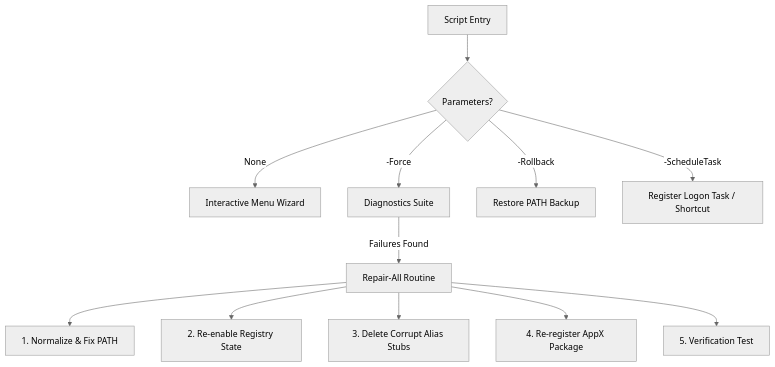
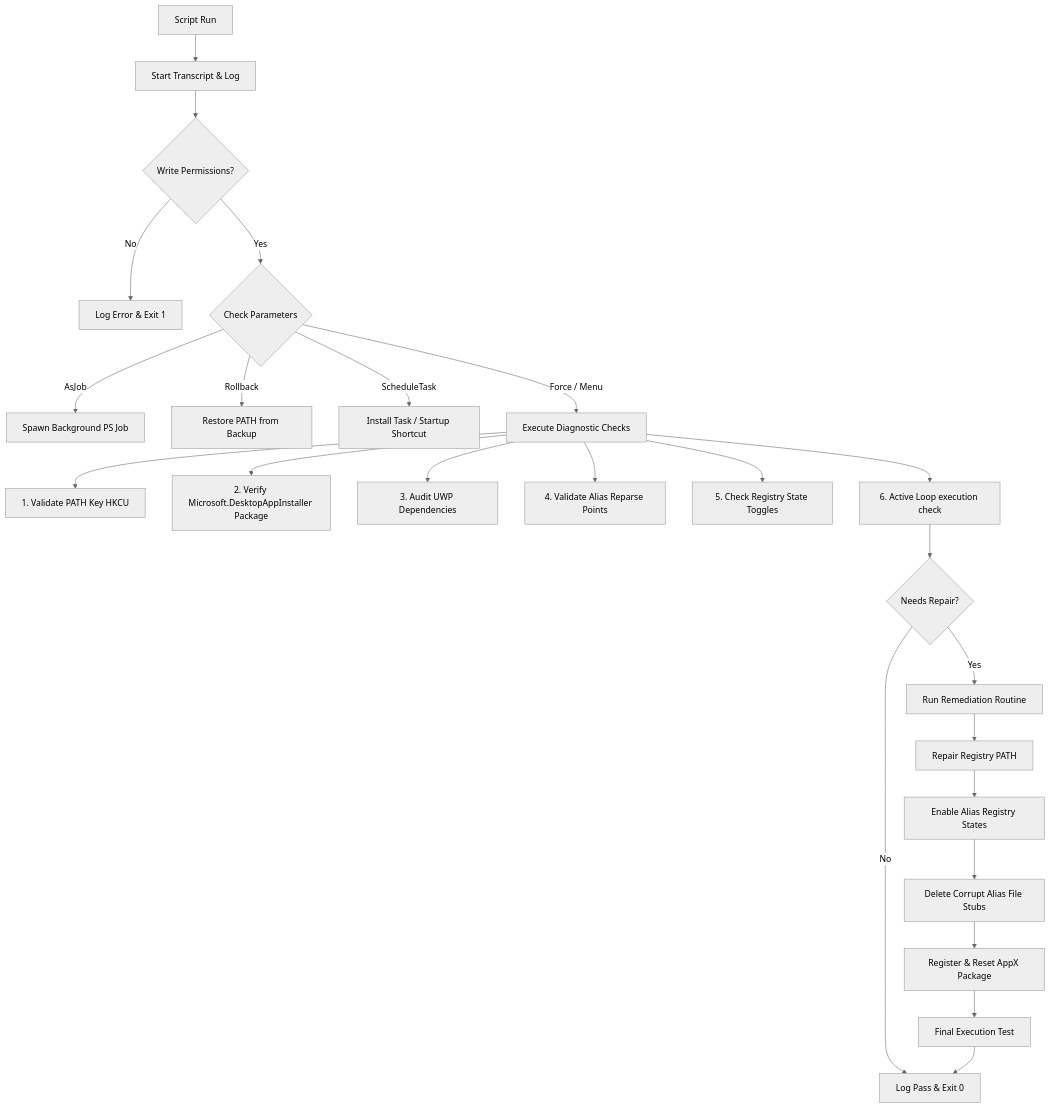
One commit to aj1126/Winget-Diagnostic-Tool changed the diagram in README.md. Above: the diagram before and after it, drawn with Mermaid (neutral theme). The commit also changed other lines of this file, not shown here.

````diff
--- a/README.md
+++ b/README.md
@@ -63,14 +67,30 @@
 ```mermaid
 graph TD
-    A[Script Entry] --> B{Parameters?}
-    B -->|None| C[Interactive Menu Wizard]
-    B -->|-Force| D[Diagnostics Suite]
-    B -->|-Rollback| E[Restore PATH Backup]
-    B -->|-ScheduleTask| F[Register Logon Task / Shortcut]
-    D -->|Failures Found| G[Repair-All Routine]
-    G --> H[1. Normalize & Fix PATH]
-    G --> I[2. Re-enable Registry State]
-    G --> J[3. Delete Corrupt Alias Stubs]
-    G --> K[4. Re-register AppX Package]
-    G --> L[5. Verification Test]
+    Start[Script Run] --> InitLog[Start Transcript & Log]
+    InitLog --> PermCheck{Write Permissions?}
+    PermCheck -->|No| ErrExit[Log Error & Exit 1]
+    PermCheck -->|Yes| ModeSelect{Check Parameters}
+    
+    ModeSelect -->|AsJob| SpawnJob[Spawn Background PS Job]
+    ModeSelect -->|Rollback| RollbackMode[Restore PATH from Backup]
+    ModeSelect -->|ScheduleTask| SetupTask[Install Task / Startup Shortcut]
+    ModeSelect -->|Force / Menu| RunDiag[Execute Diagnostic Checks]
+    
+    RunDiag --> CheckPath[1. Validate PATH Key HKCU]
+    RunDiag --> CheckAppX[2. Verify Microsoft.DesktopAppInstaller Package]
+    RunDiag --> CheckDeps[3. Audit UWP Dependencies]
+    RunDiag --> CheckAlias[4. Validate Alias Reparse Points]
+    RunDiag --> CheckToggle[5. Check Registry State Toggles]
+    RunDiag --> CheckLoop[6. Active Loop execution check]
+    
+    CheckLoop --> DiagSummary{Needs Repair?}
+    DiagSummary -->|No| SuccessExit[Log Pass & Exit 0]
+    DiagSummary -->|Yes| RepairMode[Run Remediation Routine]
+    
+    RepairMode --> RepPath[Repair Registry PATH]
+    RepPath --> RepToggle[Enable Alias Registry States]
+    RepToggle --> CleanStubs[Delete Corrupt Alias File Stubs]
+    CleanStubs --> RepAppX[Register & Reset AppX Package]
+    RepAppX --> VerifyRun[Final Execution Test]
+    VerifyRun --> SuccessExit
 ```
````
